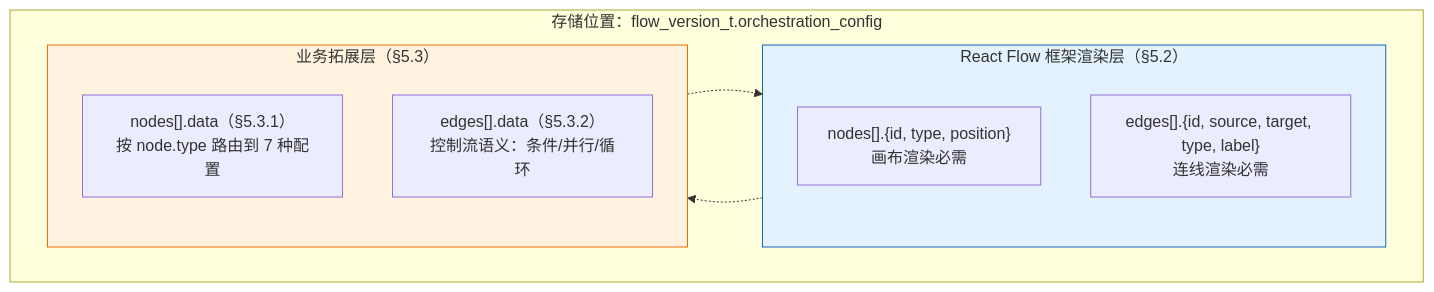
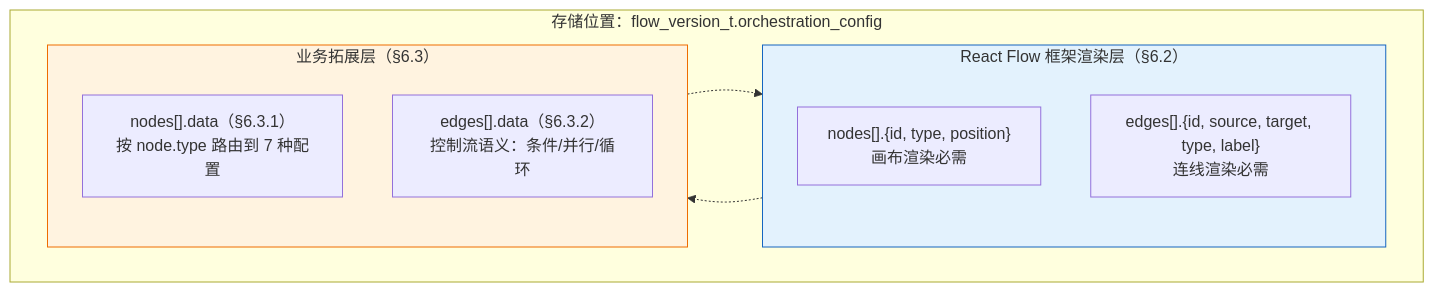
Before and after one commit to THZSummer/open-app: the second of 4 diagrams in .sddu/specs-tree-root/specs-tree-connector-platform-v2/plan-json-schema.md, drawn with Mermaid. The commit also changed other lines of this file, not shown here.

First line of the commit message:
docs(plan-json-schema): v7.2 §1.4值表达式体系独立为§3

````diff
--- a/.sddu/specs-tree-root/specs-tree-connector-platform-v2/plan-json-schema.md
+++ b/.sddu/specs-tree-root/specs-tree-connector-platform-v2/plan-json-schema.md
@@ -1022,17 +1062,17 @@
 ```mermaid
 graph TB
     subgraph Storage["存储位置：flow_version_t.orchestration_config"]
-        subgraph Framework["React Flow 框架渲染层（§5.2）"]
+        subgraph Framework["React Flow 框架渲染层（§6.2）"]
             FN["nodes[].{id, type, position}<br/>画布渲染必需"]
             FE["edges[].{id, source, target, type, label}<br/>连线渲染必需"]
         end
-        subgraph Business["业务拓展层（§5.3）"]
-            BND["nodes[].data（§5.3.1）<br/>按 node.type 路由到 7 种配置"]
-            BED["edges[].data（§5.3.2）<br/>控制流语义：条件/并行/循环"]
+        subgraph Business["业务拓展层（§6.3）"]
+            BND["nodes[].data（§6.3.1）<br/>按 node.type 路由到 7 种配置"]
+            BED["edges[].data（§6.3.2）<br/>控制流语义：条件/并行/循环"]
         end
     end
     Framework -.-> Business
     Business -.-> Framework
     style Framework fill:#e3f2fd,stroke:#1565c0
     style Business fill:#fff3e0,stroke:#ef6c00
 ```
````
